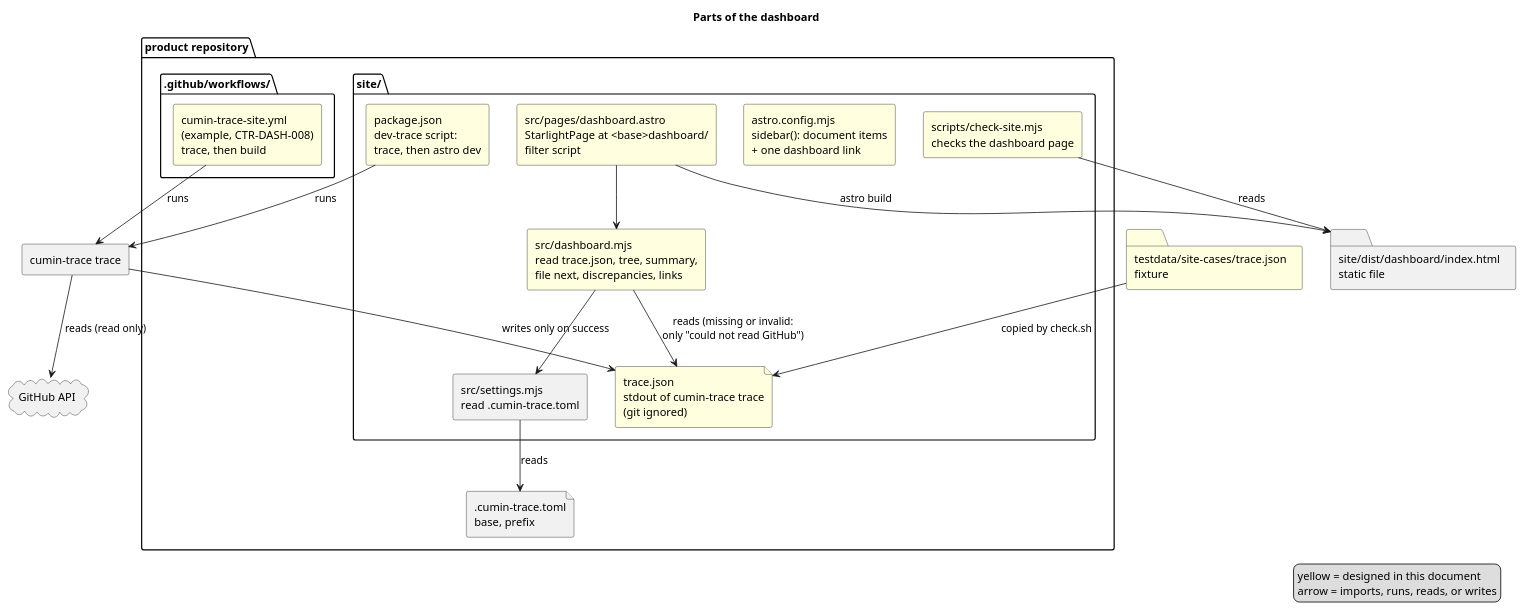
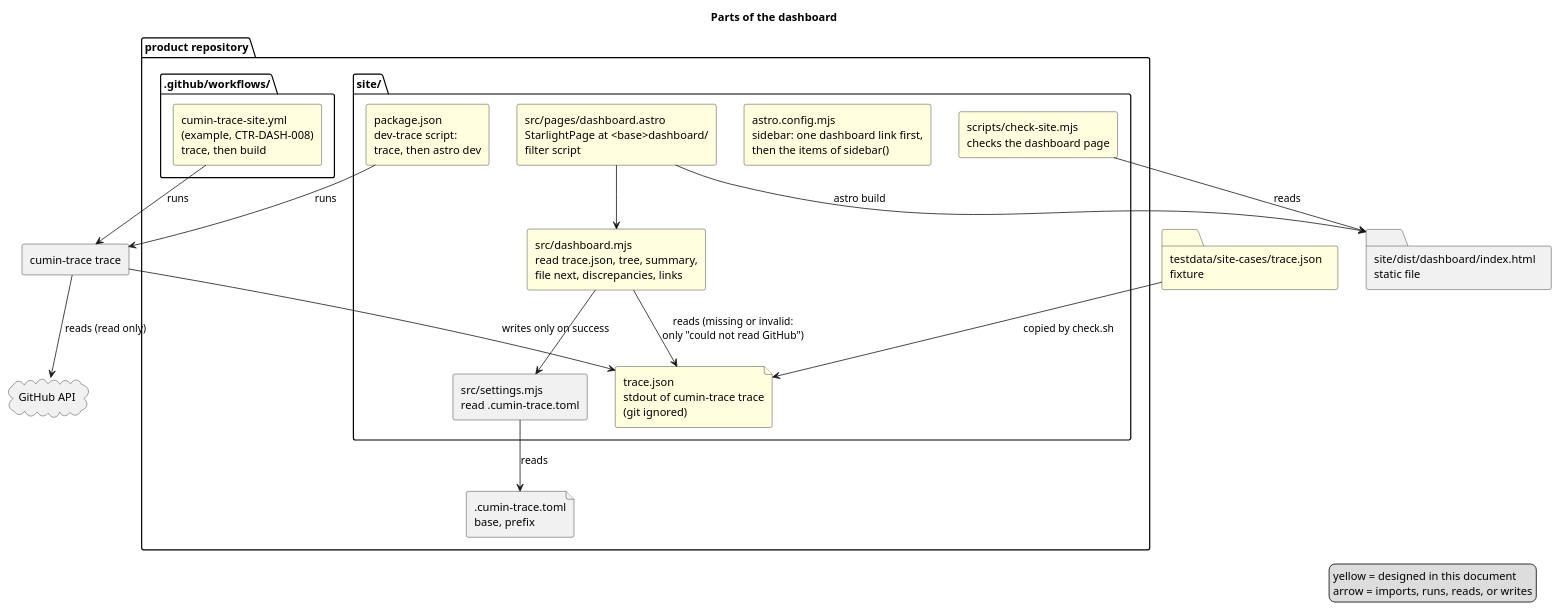
One commit to cloveclovedev/cumin-trace changed the diagram in docs/ja/designs/dashboard/dashboard-packages.puml. Above: the diagram before and after it, drawn with PlantUML. The commit also changed 3 other files, not shown here.

First line of the commit message:
docs(designs): put the dashboard link first in the sidebar

```diff
--- a/docs/ja/designs/dashboard/dashboard-packages.puml
+++ b/docs/ja/designs/dashboard/dashboard-packages.puml
@@ -1,43 +1,43 @@
 @startuml dashboard-packages
 title Parts of the dashboard
 skinparam shadowing false
 skinparam componentStyle rectangle
 
 package "product repository" {
   file ".cumin-trace.toml\nbase, prefix" as toml
   package "site/" {
     file "trace.json\nstdout of cumin-trace trace\n(git ignored)" as trace #LightYellow
     [package.json\ndev-trace script:\ntrace, then astro dev] as pkg #LightYellow
-    [astro.config.mjs\nsidebar(): document items\n+ one dashboard link] as config #LightYellow
+    [astro.config.mjs\nsidebar: one dashboard link first,\nthen the items of sidebar()] as config #LightYellow
     [src/dashboard.mjs\nread trace.json, tree, summary,\nfile next, discrepancies, links] as dash #LightYellow
     [src/pages/dashboard.astro\nStarlightPage at <base>dashboard/\nfilter script] as page #LightYellow
     [src/settings.mjs\nread .cumin-trace.toml] as settings
     [scripts/check-site.mjs\nchecks the dashboard page] as check #LightYellow
   }
   package ".github/workflows/" {
     [cumin-trace-site.yml\n(example, CTR-DASH-008)\ntrace, then build] as wf #LightYellow
   }
 }
 
 [cumin-trace trace] as ct
 cloud "GitHub API" as gh
 folder "site/dist/dashboard/index.html\nstatic file" as dist
 folder "testdata/site-cases/trace.json\nfixture" as fixture #LightYellow
 
 pkg --> ct : runs
 wf --> ct : runs
 ct --> gh : reads (read only)
 ct --> trace : writes only on success
 page --> dash
 dash --> trace : reads (missing or invalid:\nonly "could not read GitHub")
 dash --> settings
 settings --> toml : reads
 page --> dist : astro build
 check --> dist : reads
 fixture --> trace : copied by check.sh
 
 legend right
   yellow = designed in this document
   arrow = imports, runs, reads, or writes
 endlegend
 @enduml
```
